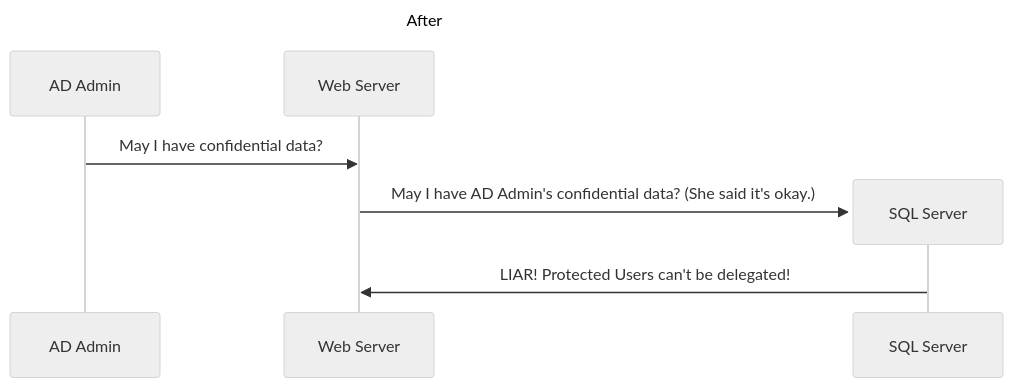
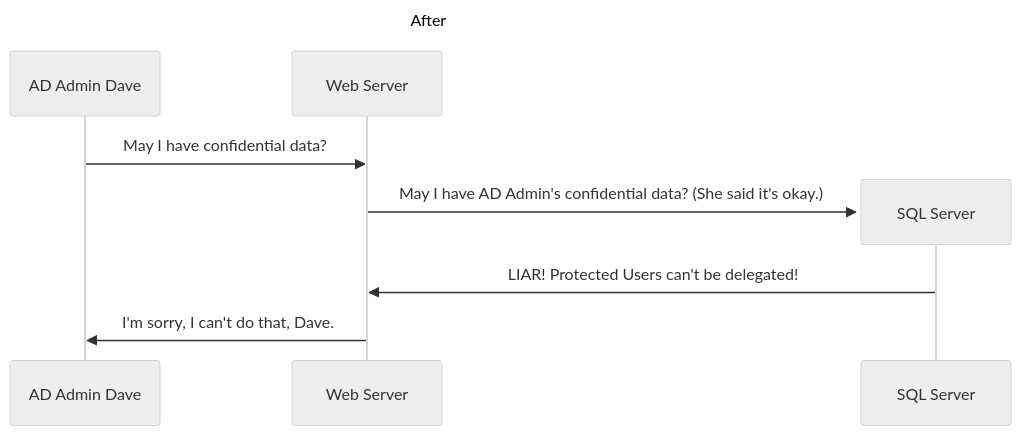
One commit to TrimarcJake/pug-snippets changed the second of 2 diagrams in diagrams/NoDelegation.md. Above: the diagram before and after it, drawn with Mermaid (neutral theme). The commit also changed other lines of this file, not shown here.

Commit message:
Dumb Dave joke.

````diff
--- a/diagrams/NoDelegation.md
+++ b/diagrams/NoDelegation.md
@@ -13,11 +13,11 @@
 ``` mermaid
 ---
 title: After
 ---
 sequenceDiagram
-  AD Admin ->> Web Server: May I have confidential data?
+  AD Admin Dave ->> Web Server: May I have confidential data?
   create participant SQL Server
   Web Server ->> SQL Server: May I have AD Admin's confidential data? (She said it's okay.)
   SQL Server ->> Web Server: LIAR! Protected Users can't be delegated!
-
+  Web Server ->> AD Admin Dave: I'm sorry, I can't do that, Dave.
 ```
````
